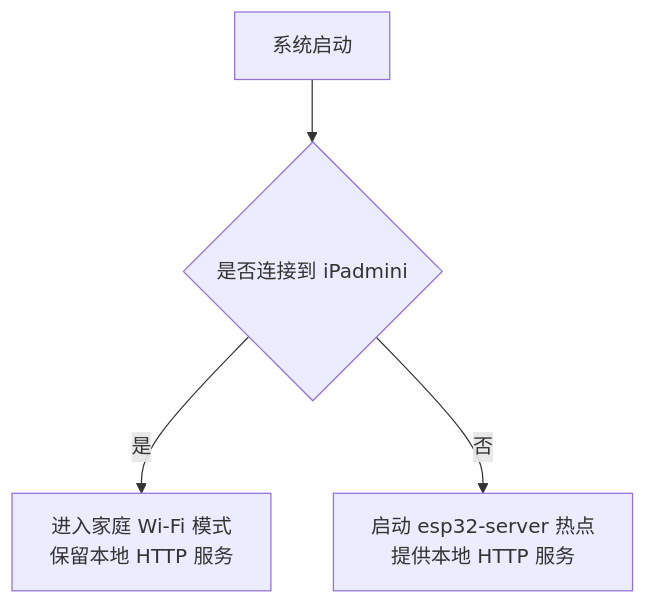
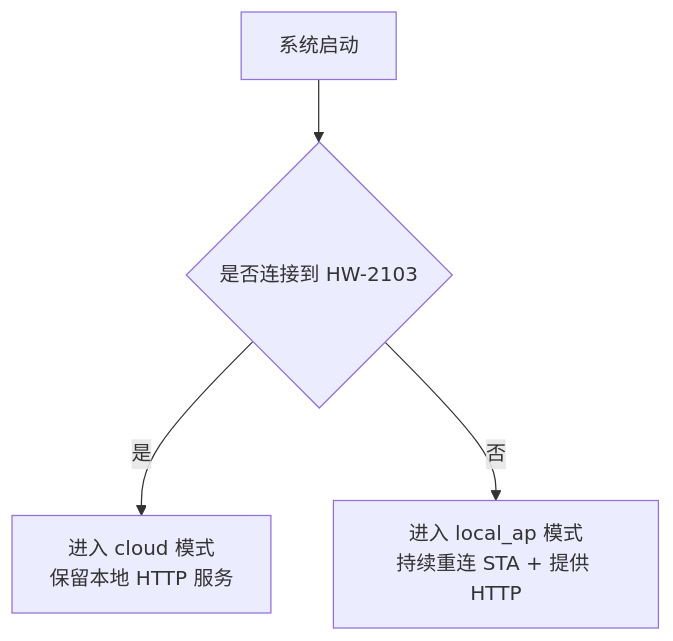
One commit to MentonLiu/esp32_home changed the diagram in doc/server/功能要求.md. Above: the diagram before and after it, drawn with Mermaid. The commit also changed other lines of this file and 7 other files, not shown here.

````diff
--- a/doc/server/功能要求.md
+++ b/doc/server/功能要求.md
@@ -20,6 +22,6 @@
 ```mermaid
 flowchart TD
-    A[系统启动] --> B{是否连接到 iPadmini}
-    B -->|是| C[进入家庭 Wi-Fi 模式<br>保留本地 HTTP 服务]
-    B -->|否| D[启动 esp32-server 热点<br>提供本地 HTTP 服务]
+    A[系统启动] --> B{是否连接到 HW-2103}
+    B -->|是| C[进入 cloud 模式<br>保留本地 HTTP 服务]
+    B -->|否| D[进入 local_ap 模式<br>持续重连 STA + 提供 HTTP]
 ```
````
